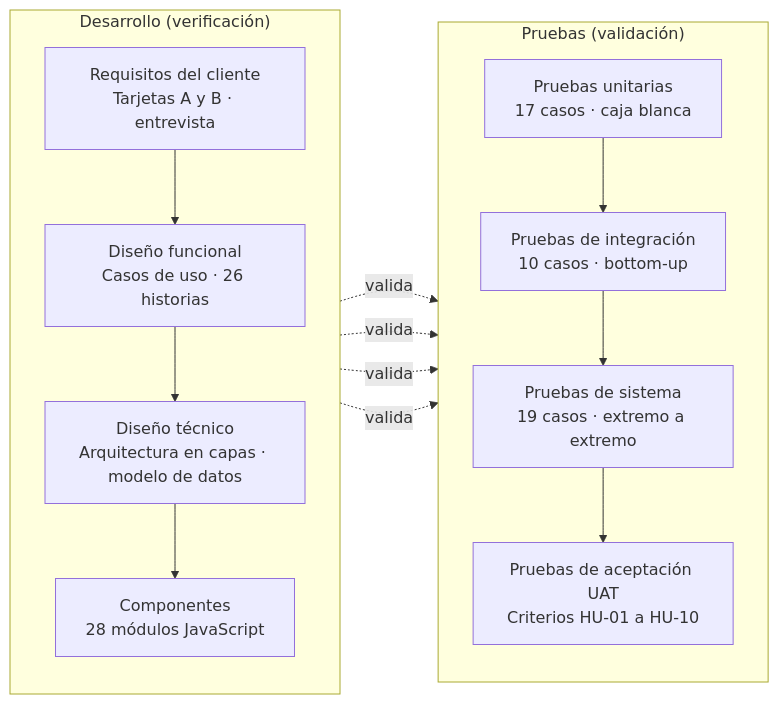
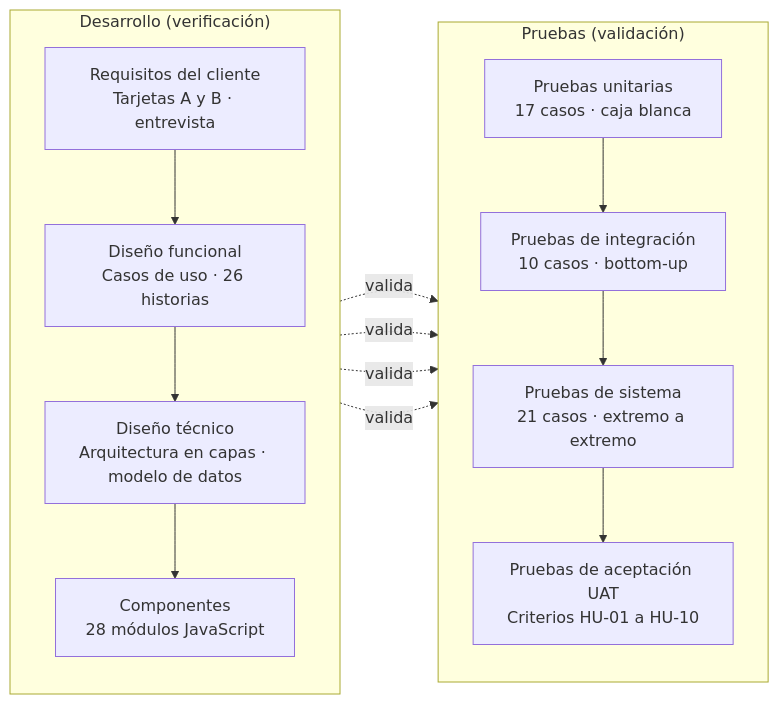
The diagram in docs/final/img/modelo-v.mmd (slonbuitrago-bit/motorepuestos-oriente), drawn with Mermaid before and after one commit. The commit also changed 30 other files, not shown here.

```diff
--- a/docs/final/img/modelo-v.mmd
+++ b/docs/final/img/modelo-v.mmd
@@ -1,21 +1,21 @@
 flowchart LR
   subgraph IZQ["Desarrollo (verificación)"]
     direction TB
     R1["Requisitos del cliente<br/>Tarjetas A y B · entrevista"]
     R2["Diseño funcional<br/>Casos de uso · 26 historias"]
     R3["Diseño técnico<br/>Arquitectura en capas · modelo de datos"]
     R4["Componentes<br/>28 módulos JavaScript"]
     R1 --> R2 --> R3 --> R4
   end
   subgraph DER["Pruebas (validación)"]
     direction TB
     P4["Pruebas unitarias<br/>17 casos · caja blanca"]
     P3["Pruebas de integración<br/>10 casos · bottom-up"]
-    P2["Pruebas de sistema<br/>19 casos · extremo a extremo"]
+    P2["Pruebas de sistema<br/>21 casos · extremo a extremo"]
     P1["Pruebas de aceptación UAT<br/>Criterios HU-01 a HU-10"]
     P4 --> P3 --> P2 --> P1
   end
   R4 -. valida .-> P4
   R3 -. valida .-> P3
   R2 -. valida .-> P2
   R1 -. valida .-> P1
```
